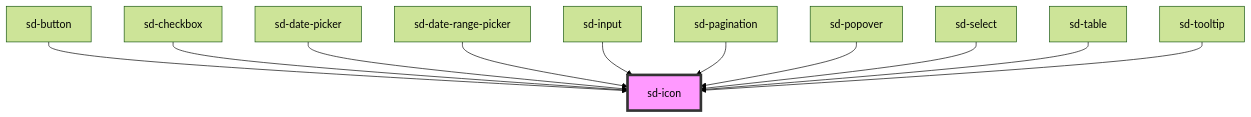
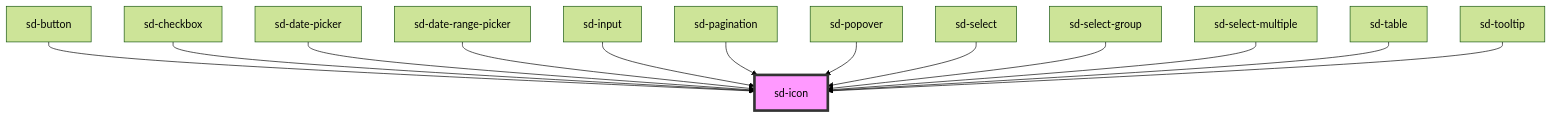
Before and after one commit to bluehalu98/stencil-ui-kit: the diagram in packages/stencil/src/components/sd-icon/readme.md, drawn with Mermaid (forest theme). The commit also changed other lines of this file and 13 other files, not shown here.

````diff
--- a/packages/stencil/src/components/sd-icon/readme.md
+++ b/packages/stencil/src/components/sd-icon/readme.md
@@ -33,14 +35,16 @@
 ```mermaid
 graph TD;
   sd-button --> sd-icon
   sd-checkbox --> sd-icon
   sd-date-picker --> sd-icon
   sd-date-range-picker --> sd-icon
   sd-input --> sd-icon
   sd-pagination --> sd-icon
   sd-popover --> sd-icon
   sd-select --> sd-icon
+  sd-select-group --> sd-icon
+  sd-select-multiple --> sd-icon
   sd-table --> sd-icon
   sd-tooltip --> sd-icon
   style sd-icon fill:#f9f,stroke:#333,stroke-width:4px
 ```
````
